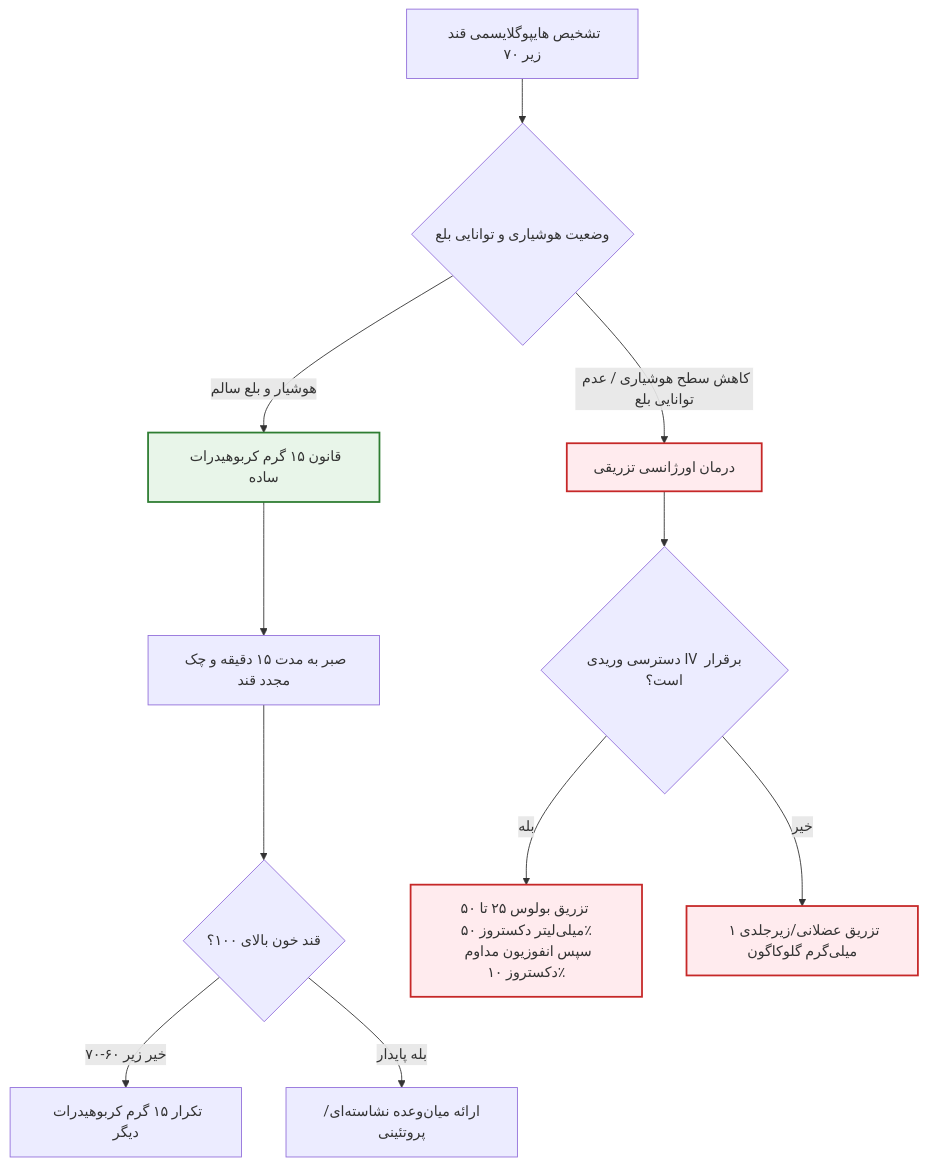
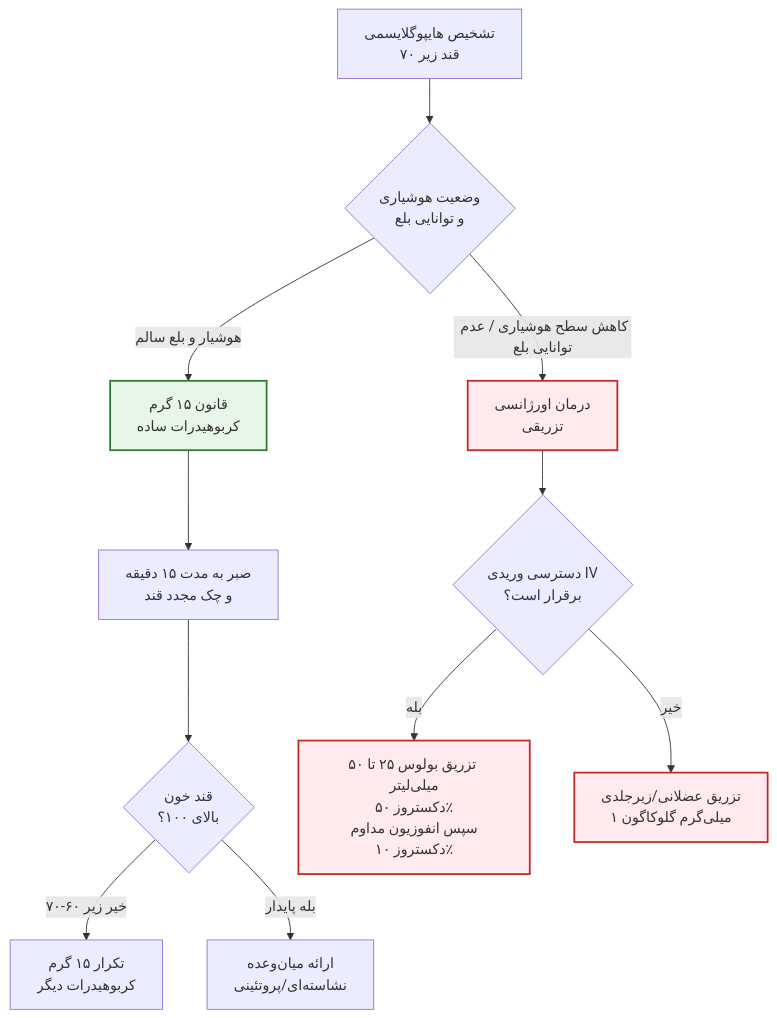
Before and after one commit to neopulse-hub/TUMS-1402-1-neo: the fifth of 8 diagrams in 07/مبانی غدد/هیوگلیسمی و تیروئیدیت.md, drawn with Mermaid. The commit also changed other lines of this file, not shown here.

Commit message:
Update هیوگلیسمی و تیروئیدیت.md

````diff
--- a/07/مبانی غدد/هیوگلیسمی و تیروئیدیت.md
+++ b/07/مبانی غدد/هیوگلیسمی و تیروئیدیت.md
@@ -199,19 +199,20 @@
 ```mermaid
 flowchart TD
-    classDef oral fill:#e8f5e9,stroke:#2e7d32,stroke-width:2px;
-    classDef iv fill:#ffebee,stroke:#c62828,stroke-width:2px;
 
-    Detect[تشخیص هایپوگلایسمی قند زیر ۷۰] --> CheckConscious{وضعیت هوشیاری و توانایی بلع}
-    
-    CheckConscious -->|هوشیار و بلع سالم| OralRule[قانون ۱۵ گرم کربوهیدرات ساده]:::oral
-    CheckConscious -->|کاهش سطح هوشیاری / عدم توانایی بلع| EmergencyMgt[درمان اورژانسی تزریقی]:::iv
-    
-    OralRule --> Wait15[صبر به مدت ۱۵ دقیقه و چک مجدد قند]
-    Wait15 --> CheckBS{قند خون بالای ۱۰۰؟}
-    CheckBS -->|خیر زیر ۶۰-۷۰| RepeatOral[تکرار ۱۵ گرم کربوهیدرات دیگر]
-    CheckBS -->|بله پایدار| Snack[ارائه میان‌وعده نشاسته‌ای/پروتئینی]
-    
-    EmergencyMgt --> CheckIV{دسترسی وریدی IV برقرار است؟}
-    CheckIV -->|بله| IVDextrose[تزریق بولوس ۲۵ تا ۵۰ میلی‌لیتر دکستروز ۵۰٪<br>سپس انفوزیون مداوم دکستروز ۱۰٪]:::iv
-    CheckIV -->|خیر| IMGlucagon[تزریق عضلانی/زیرجلدی ۱ میلی‌گرم گلوکاگون]:::iv
+classDef oral fill:#e8f5e9,stroke:#2e7d32,stroke-width:2px;
+
+classDef iv fill:#ffebee,stroke:#c62828,stroke-width:2px;
+Detect[تشخیص هایپوگلایسمی<br>قند زیر ۷۰] --> CheckConscious{وضعیت هوشیاری<br>و توانایی بلع}
+
+CheckConscious -->|هوشیار و بلع سالم| OralRule[قانون ۱۵ گرم<br>کربوهیدرات ساده]:::oral
+CheckConscious -->|کاهش سطح هوشیاری / عدم توانایی بلع| EmergencyMgt[درمان اورژانسی<br>تزریقی]:::iv
+
+OralRule --> Wait15[صبر به مدت ۱۵ دقیقه<br>و چک مجدد قند]
+Wait15 --> CheckBS{قند خون<br>بالای ۱۰۰؟}
+CheckBS -->|خیر زیر ۶۰-۷۰| RepeatOral[تکرار ۱۵ گرم<br>کربوهیدرات دیگر]
+CheckBS -->|بله پایدار| Snack[ارائه میان‌وعده<br>نشاسته‌ای/پروتئینی]
+
+EmergencyMgt --> CheckIV{دسترسی وریدی IV<br>برقرار است؟}
+CheckIV -->|بله| IVDextrose[تزریق بولوس ۲۵ تا ۵۰ میلی‌لیتر<br>دکستروز ۵۰٪<br>سپس انفوزیون مداوم<br>دکستروز ۱۰٪]:::iv
+CheckIV -->|خیر| IMGlucagon[تزریق عضلانی/زیرجلدی<br>۱ میلی‌گرم گلوکاگون]:::iv
 ```
````
